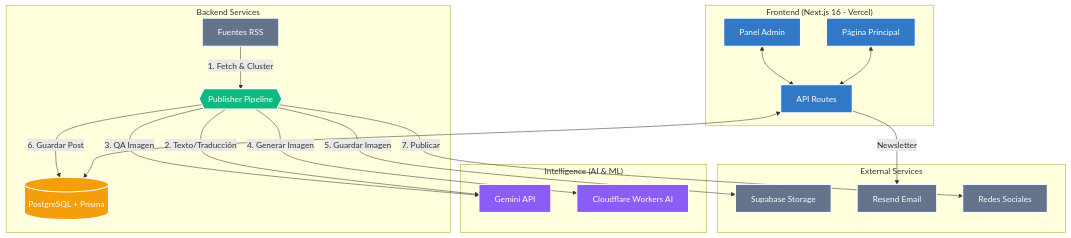
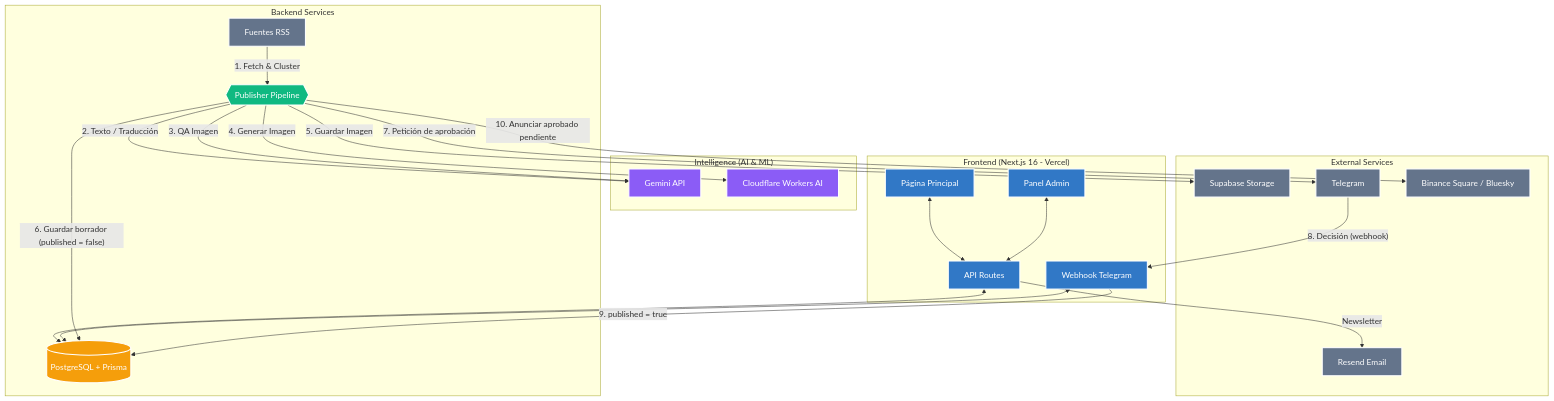
The diagram in docs/01 - Arquitectura.md (CarlosEmerito/EmeDotEme), drawn with Mermaid before and after one commit. The commit also changed other lines of this file and 16 other files, not shown here.

````diff
--- a/docs/01 - Arquitectura.md
+++ b/docs/01 - Arquitectura.md
@@ -9,47 +9,53 @@
 ```mermaid
 graph TB
     %% Definición de estilos
     classDef frontend fill:#3178c6,stroke:#fff,stroke-width:2px,color:#fff;
     classDef backend fill:#10b981,stroke:#fff,stroke-width:2px,color:#fff;
     classDef ai fill:#8b5cf6,stroke:#fff,stroke-width:2px,color:#fff;
     classDef db fill:#f59e0b,stroke:#fff,stroke-width:2px,color:#fff;
     classDef external fill:#64748b,stroke:#fff,stroke-width:2px,color:#fff;
 
     subgraph "Frontend (Next.js 16 - Vercel)"
         UI[Página Principal]:::frontend
         Admin[Panel Admin]:::frontend
         API[API Routes]:::frontend
+        Hook[Webhook Telegram]:::frontend
     end
 
     subgraph "Backend Services"
         DB[(PostgreSQL + Prisma)]:::db
         Pipeline{{"Publisher Pipeline"}}:::backend
         RSS[Fuentes RSS]:::external
     end
 
     subgraph "Intelligence (AI & ML)"
         Gemini[Gemini API]:::ai
         CF[Cloudflare Workers AI]:::ai
     end
 
     subgraph "External Services"
         Supa[Supabase Storage]:::external
         Resend[Resend Email]:::external
-        Social[Redes Sociales]:::external
+        TG[Telegram]:::external
+        Social[Binance Square / Bluesky]:::external
     end
 
     %% Data Flow
     UI <--> API
     Admin <--> API
     API <--> DB
-    
+    Hook <--> DB
+
     %% Pipeline Flow
     RSS -- "1. Fetch & Cluster" --> Pipeline
-    Pipeline -- "2. Texto/Traducción" --> Gemini
+    Pipeline -- "2. Texto / Traducción" --> Gemini
     Pipeline -- "3. QA Imagen" --> Gemini
     Pipeline -- "4. Generar Imagen" --> CF
     Pipeline -- "5. Guardar Imagen" --> Supa
-    Pipeline -- "6. Guardar Post" --> DB
-    Pipeline -- "7. Publicar" --> Social
+    Pipeline -- "6. Guardar borrador (published = false)" --> DB
+    Pipeline -- "7. Petición de aprobación" --> TG
+    TG -- "8. Decisión (webhook)" --> Hook
+    Hook -- "9. published = true" --> DB
+    Pipeline -- "10. Anunciar aprobado pendiente" --> Social
     API -- "Newsletter" --> Resend
 ```
````
